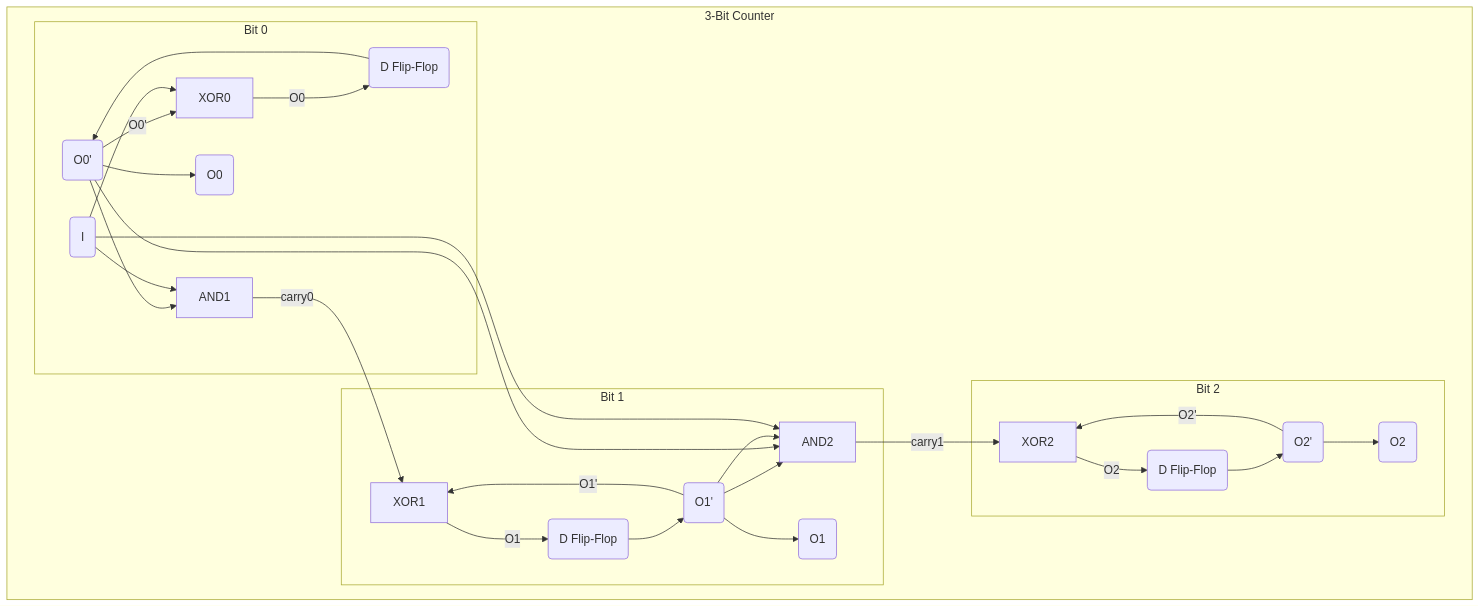
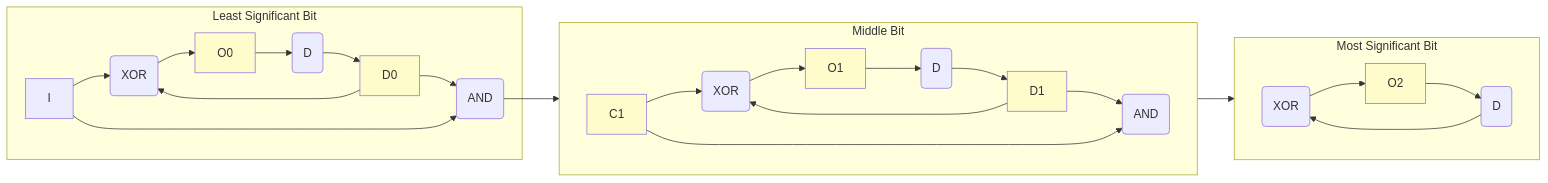
Before and after one commit to geraw/logic_simulator: the diagram in webui/README.md, drawn with Mermaid. The commit also changed other lines of this file and 1 other file, not shown here.

Commit message:
Refactor counter circuit definitions for clarity and consistency in README and HTML files

````diff
--- a/webui/README.md
+++ b/webui/README.md
@@ -90,36 +91,37 @@
 ```mermaid
-graph TD
-    subgraph 3-Bit Counter
-        direction LR
+graph LR
 
-        subgraph Bit 0
-            D0_out -- "O0' " --> XOR0
-            I_in(I) --> XOR0
-            XOR0 -- "O0" --> D0(D Flip-Flop)
-            D0 --> D0_out(O0')
-            D0_out --> AND1
-            D0_out --> O0_out(O0)
+        subgraph Least Significant Bit 
+            XOR0 --> O0
+            D0 --> XOR0(XOR)
+            O0 --> DD0(D) --> D0
+            I --> XOR0
+            D0 --> AND0(AND)
+            I --> AND0
         end
 
-        subgraph Bit 1
-            D1_out -- "O1' " --> XOR1
-            I_in(I) --> AND1
-            AND1 -- "carry0" --> XOR1
-            XOR1 -- "O1" --> D1(D Flip-Flop)
-            D1 --> D1_out(O1')
-            D1_out --> AND2
-            D1_out --> O1_out(O1)
+        AND0 --> C1
+
+        subgraph Middle Bit
+            direction LR
+            XOR1 --> O1
+            D1 --> XOR1(XOR)
+            O1 -->  DD1(D) --> D1
+            C1 --> XOR1(XOR)
+            D1 --> AND1(AND)
+            C1 --> AND1
         end
 
-        subgraph Bit 2
-            D0_out --> AND2
-            D1_out --> AND2
-            I_in(I) --> AND2
-            AND2 -- "carry1" --> XOR2
-            D2_out -- "O2' " --> XOR2
-            XOR2 -- "O2" --> D2(D Flip-Flop)
-            D2 --> D2_out(O2')
-            D2_out --> O2_out(O2)
+
+        subgraph Most Significant Bit
+            direction LR
+            XOR2 --> O2 
+            D2 --> XOR2(XOR)
+            O2 -->  D2(D)
+            AND1 --> XOR2 
         end
-    end
+
+
+    classDef highlight fill:#fffccc;
+    class O0,O1,O2,D0,D1,C1 highlight;
 ```
````
